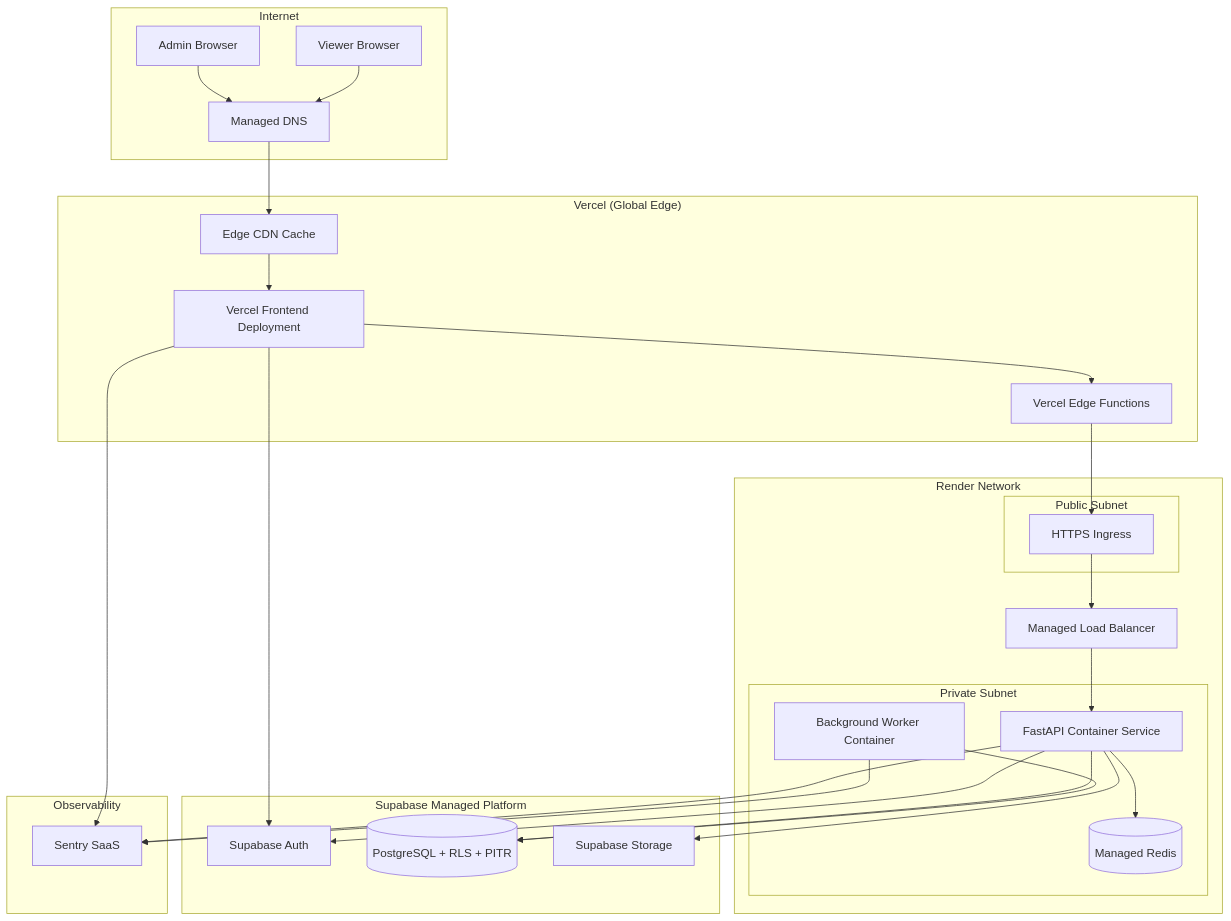
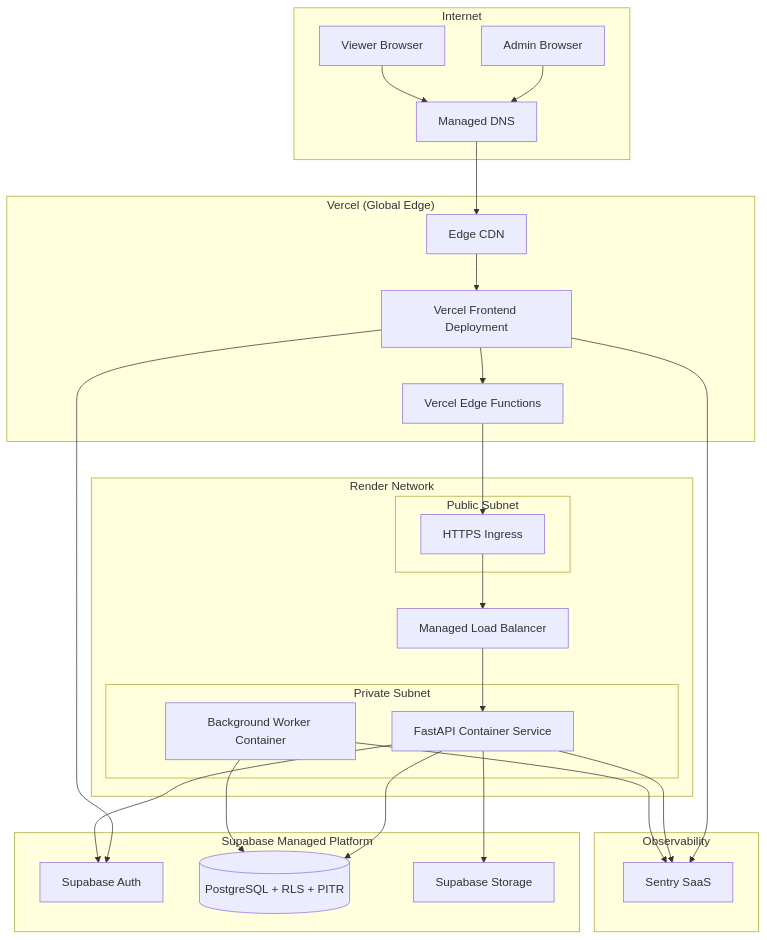
The diagram in docs/projects/open-project-hub/03-architecture/diagrams/deployment-aws.mmd (alonsovndev/open-projects-hub-docs), drawn with Mermaid before and after one commit. The commit also changed 16 other files, not shown here.

```diff
--- a/docs/projects/open-project-hub/03-architecture/diagrams/deployment-aws.mmd
+++ b/docs/projects/open-project-hub/03-architecture/diagrams/deployment-aws.mmd
@@ -1,48 +1,46 @@
 flowchart TB
     subgraph Internet
         Admin[Admin Browser]
         Viewer[Viewer Browser]
         DNS[Managed DNS]
     end
 
     subgraph Vercel["Vercel (Global Edge)"]
         FE[Vercel Frontend Deployment]
         Edge[Vercel Edge Functions]
-        CDN[Edge CDN Cache]
+        CDN[Edge CDN]
     end
 
     subgraph Render["Render Network"]
         LB[Managed Load Balancer]
         subgraph PublicSubnet["Public Subnet"]
             Ingress[HTTPS Ingress]
         end
         subgraph PrivateSubnet["Private Subnet"]
             API[FastAPI Container Service]
             Worker[Background Worker Container]
-            Redis[(Managed Redis)]
         end
     end
 
     subgraph Supabase["Supabase Managed Platform"]
         Auth[Supabase Auth]
         DB[(PostgreSQL + RLS + PITR)]
         Storage[Supabase Storage]
     end
 
     subgraph Observability
         Sentry[Sentry SaaS]
     end
 
     Admin --> DNS --> CDN --> FE
     Viewer --> DNS
     FE --> Edge --> Ingress --> LB --> API
     FE --> Auth
     API --> Auth
     API --> DB
     Worker --> DB
     API --> Storage
-    API --> Redis
 
     FE --> Sentry
     API --> Sentry
     Worker --> Sentry
```
